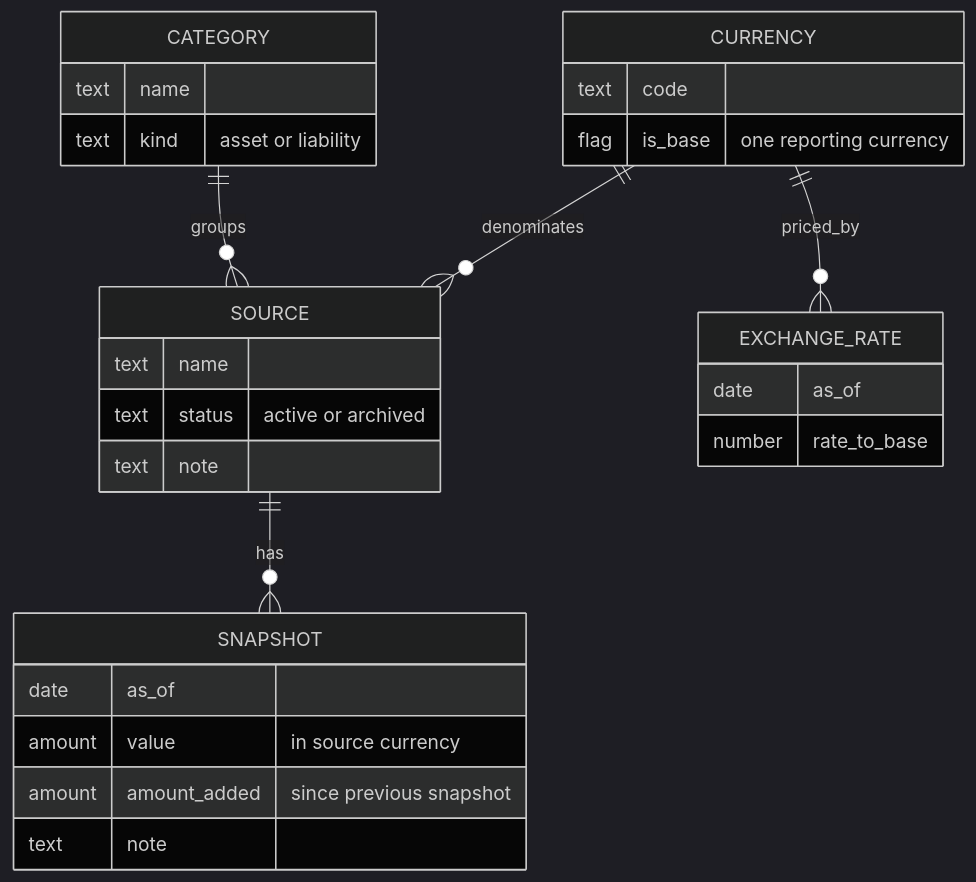
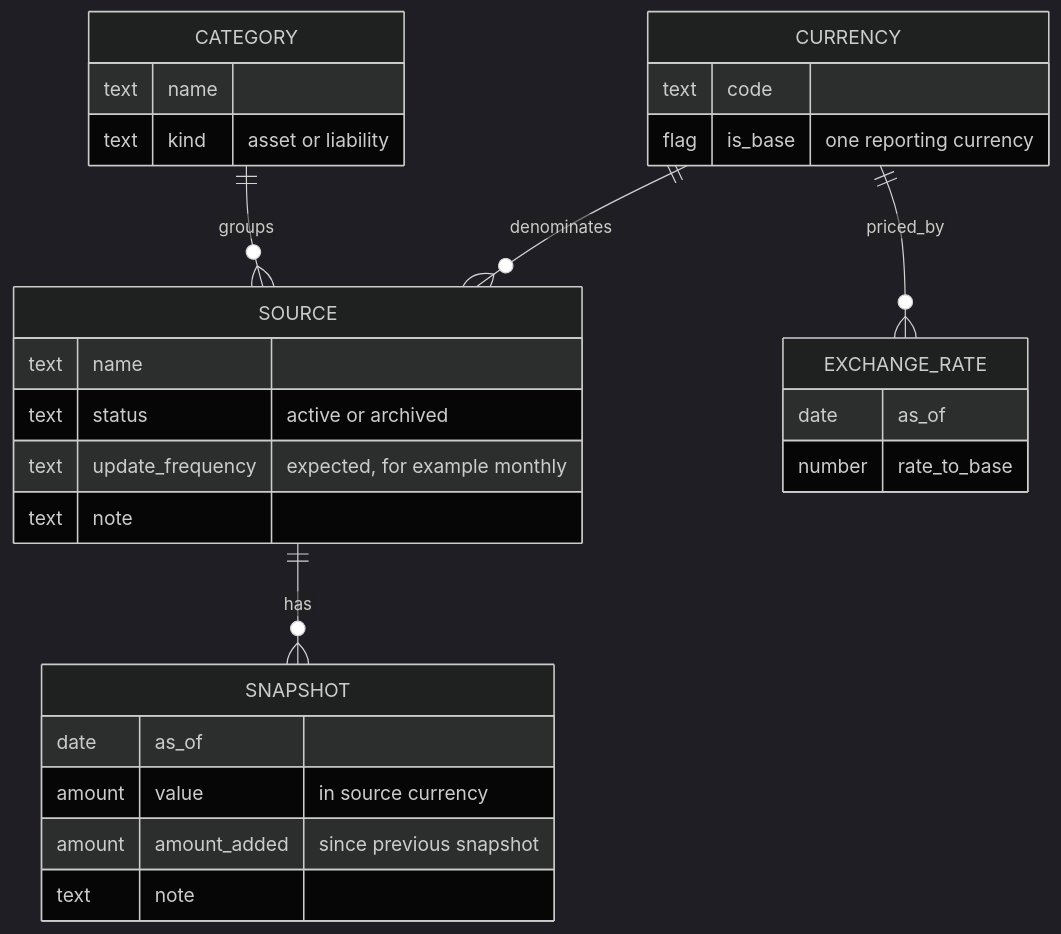
Before and after one commit to arpit92k/Fortuna: the second of 2 diagrams in docs/architecture.md, drawn with Mermaid (dark theme). The commit also changed other lines of this file and 3 other files, not shown here.

First line of the commit message:
Add user flows and roadmap (#2)

````diff
--- a/docs/architecture.md
+++ b/docs/architecture.md
@@ -62,31 +62,32 @@
 ```mermaid
 erDiagram
     CATEGORY ||--o{ SOURCE : groups
     CURRENCY ||--o{ SOURCE : denominates
     SOURCE ||--o{ SNAPSHOT : has
     CURRENCY ||--o{ EXCHANGE_RATE : priced_by
 
     CATEGORY {
         text name
         text kind "asset or liability"
     }
     SOURCE {
         text name
         text status "active or archived"
+        text update_frequency "expected, for example monthly"
         text note
     }
     SNAPSHOT {
         date as_of
         amount value "in source currency"
         amount amount_added "since previous snapshot"
         text note
     }
     CURRENCY {
         text code
         flag is_base "one reporting currency"
     }
     EXCHANGE_RATE {
         date as_of
         number rate_to_base
     }
 ```
````
